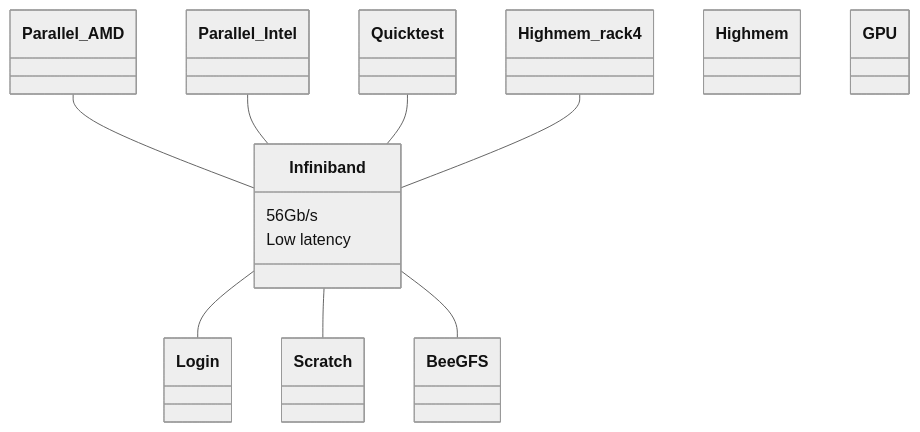
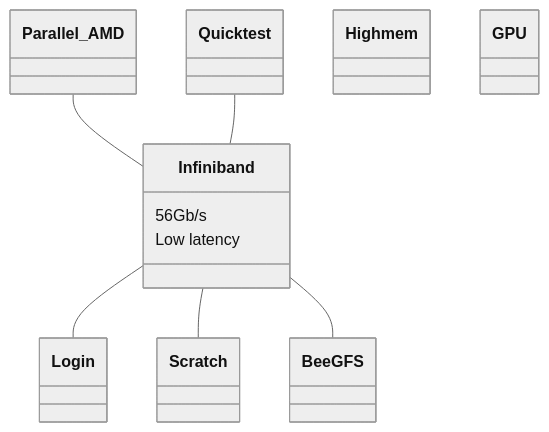
The third of 3 diagrams in docs/hpclayout.md (vuw-research-computing/raapoi-docs), drawn with Mermaid (neutral theme) before and after one commit. The commit also changed other lines of this file and 1 other file, not shown here.

````diff
--- a/docs/hpclayout.md
+++ b/docs/hpclayout.md
@@ -204,32 +183,26 @@
 ```mermaid
 classDiagram    
     Parallel_AMD -- Infiniband
-    Parallel_Intel -- Infiniband
     Quicktest -- Infiniband
-    Highmem_rack4 -- Infiniband
     Infiniband -- Login
     Infiniband -- Scratch
     Infiniband -- BeeGFS
     class Infiniband{
       56Gb/s
       Low latency
     }
         class Scratch {
     }
     class BeeGFS {
     }
     class Login {
     }
     class Parallel_AMD {
     }
-    class Parallel_Intel{
-    }
     class Quicktest{
     }
     class Highmem{
     }
-    class Highmem_rack4{
-    }
     class GPU{
     }
 ```
````
